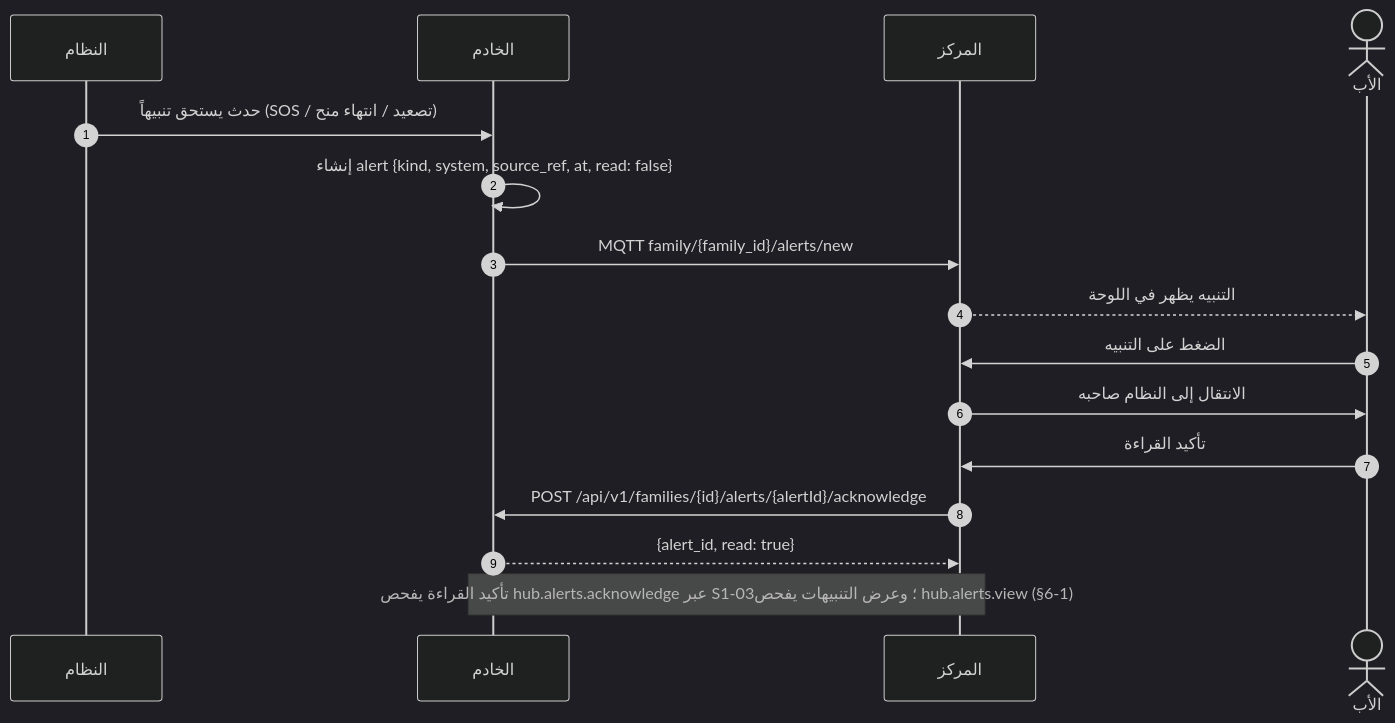
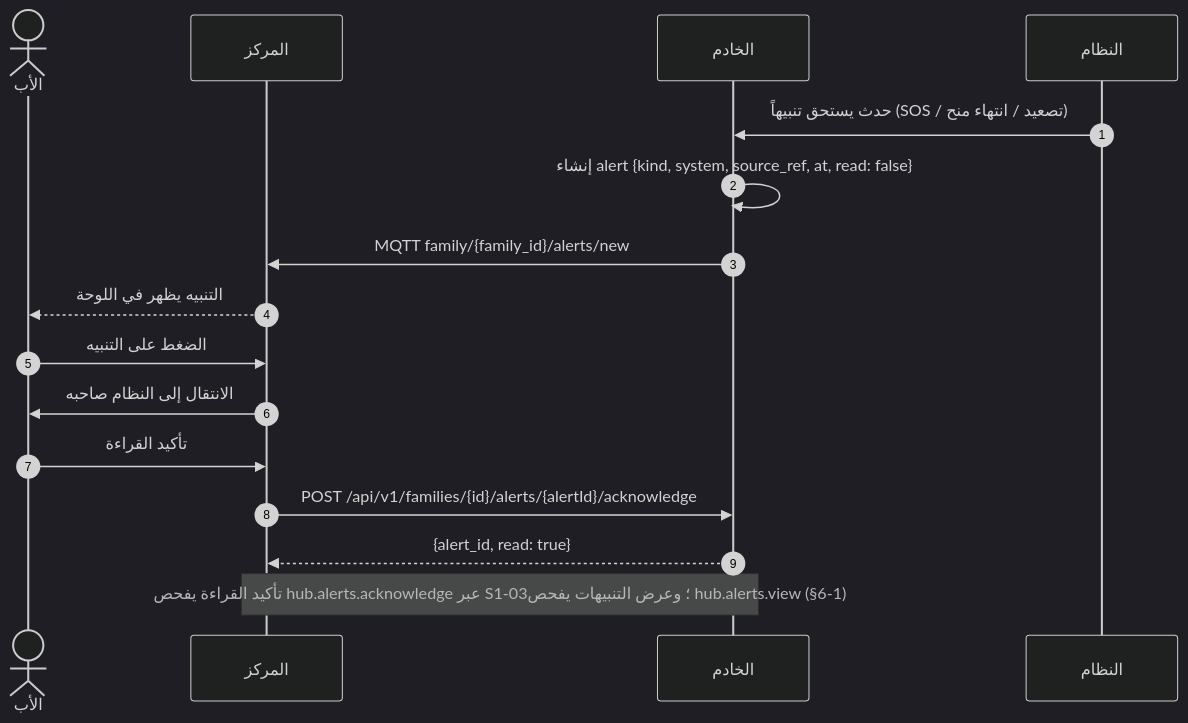
Before and after one commit to Bassam-mohammed-alqaeadi/family-os-v2: the fifth of 19 diagrams in docs/family-os/governance/phases/phase-1/S1-09-command-center-and-settings/DIAGRAMS.md, drawn with Mermaid (dark theme). The commit also changed other lines of this file, not shown here.

````diff
--- a/docs/family-os/governance/phases/phase-1/S1-09-command-center-and-settings/DIAGRAMS.md
+++ b/docs/family-os/governance/phases/phase-1/S1-09-command-center-and-settings/DIAGRAMS.md
@@ -251,18 +275,18 @@
 ```mermaid
 sequenceDiagram
     autonumber
+    actor Father as الأب
+    participant Hub as المركز
+    participant Ktor as الخادم
     participant Owner as النظام
-    participant Ktor as الخادم
-    participant Hub as المركز
-    actor Father as الأب
     Owner->>Ktor: حدث يستحق تنبيهاً (SOS / تصعيد / انتهاء منح)
     Ktor->>Ktor: إنشاء alert {kind, system, source_ref, at, read: false}
     Ktor->>Hub: MQTT family/{family_id}/alerts/new
     Hub-->>Father: التنبيه يظهر في اللوحة
     Father->>Hub: الضغط على التنبيه
     Hub->>Father: الانتقال إلى النظام صاحبه
     Father->>Hub: تأكيد القراءة
     Hub->>Ktor: POST /api/v1/families/{id}/alerts/{alertId}/acknowledge
     Ktor-->>Hub: {alert_id, read: true}
     Note over Hub,Ktor: تأكيد القراءة يفحص hub.alerts.acknowledge عبر S1-03؛ وعرض التنبيهات يفحص hub.alerts.view (§6-1)
 ```
````
